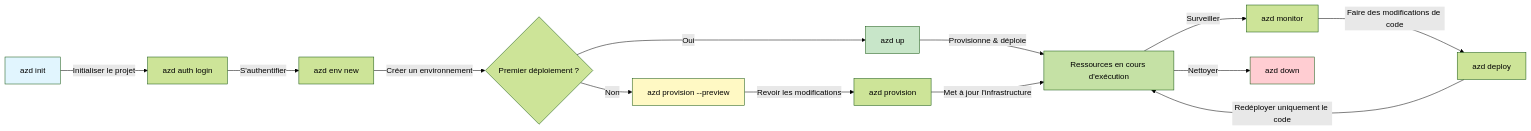
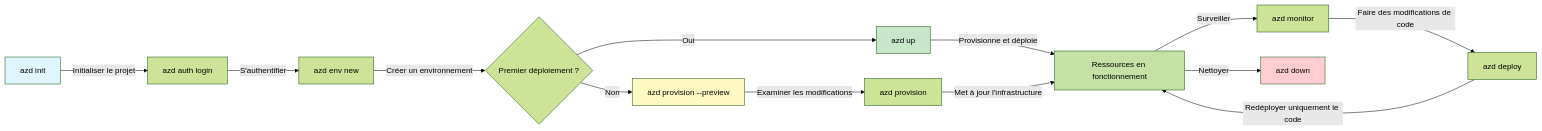
One commit to microsoft/AZD-for-beginners changed the first of 2 diagrams in translations/fr/docs/chapter-01-foundation/azd-basics.md. Above: the diagram before and after it, drawn with Mermaid (forest theme). The commit also changed other lines of this file and 104 other files, not shown here.

````diff
--- a/translations/fr/docs/chapter-01-foundation/azd-basics.md
+++ b/translations/fr/docs/chapter-01-foundation/azd-basics.md
@@ -269,21 +269,21 @@
 ```mermaid
 graph LR
     A[azd init] -->|Initialiser le projet| B[azd auth login]
     B -->|S'authentifier| C[azd env new]
     C -->|Créer un environnement| D{Premier déploiement ?}
     D -->|Oui| E[azd up]
     D -->|Non| F[azd provision --preview]
-    F -->|Revoir les modifications| G[azd provision]
-    E -->|Provisionne & déploie| H[Ressources en cours d'exécution]
+    F -->|Examiner les modifications| G[azd provision]
+    E -->|Provisionne et déploie| H[Ressources en fonctionnement]
     G -->|Met à jour l'infrastructure| H
     H -->|Surveiller| I[azd monitor]
     I -->|Faire des modifications de code| J[azd deploy]
     J -->|Redéployer uniquement le code| H
     H -->|Nettoyer| K[azd down]
     
     style A fill:#e1f5fe
     style E fill:#c8e6c9
     style F fill:#fff9c4
     style H fill:#c5e1a5
     style K fill:#ffcdd2
 ```
````
